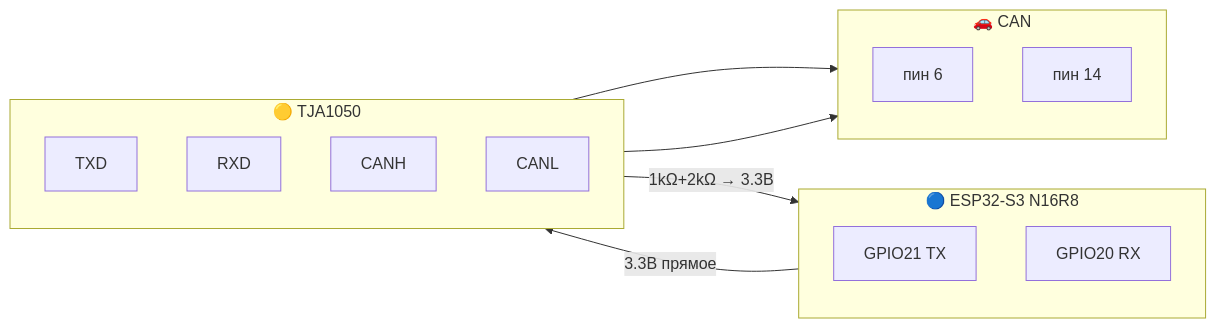
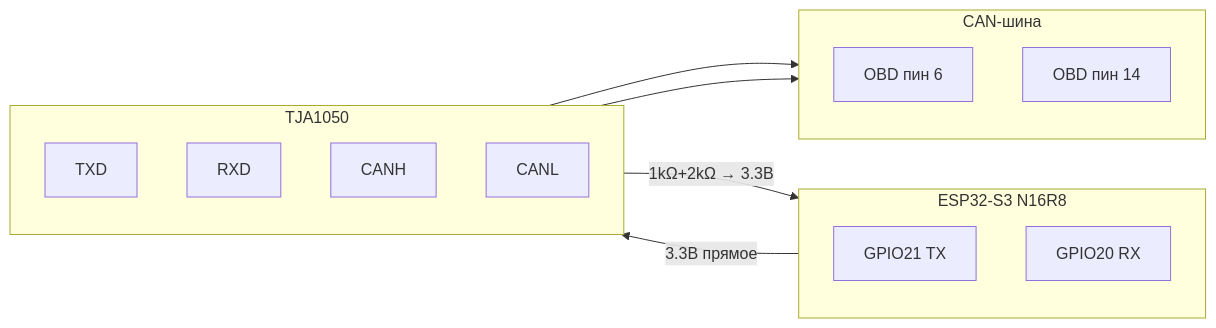
The second of 3 diagrams in README.md (avtotor/can2wifi_esp32s3), drawn with Mermaid before and after one commit.

Commit message:
docs: fix diagram layout with invisible links, remove emojis from blocks

````diff
--- a/README.md
+++ b/README.md
@@ -30,27 +30,28 @@
 ```mermaid
 flowchart LR
-    subgraph ESP ["🔵 ESP32-S3 N16R8"]
+    subgraph ESP ["ESP32-S3 N16R8"]
         direction TB
         TX["GPIO21 TX"]
         RX["GPIO20 RX"]
     end
 
-    subgraph TJA ["🟡 TJA1050"]
+    subgraph TJA ["TJA1050"]
         direction TB
         TXD["TXD"]
         RXD["RXD"]
         CANH["CANH"]
         CANL["CANL"]
     end
 
-    subgraph CAN ["🚗 CAN"]
+    subgraph CAN ["CAN-шина"]
         direction TB
-        P6["пин 6"]
-        P14["пин 14"]
+        P6["OBD пин 6"]
+        P14["OBD пин 14"]
     end
 
+    ESP ~~~ TJA ~~~ CAN
     TX -->|"3.3В прямое"| TXD
     RXD -->|"1kΩ+2kΩ → 3.3В"| RX
     CANH --> P6
     CANL --> P14
 ```
````
